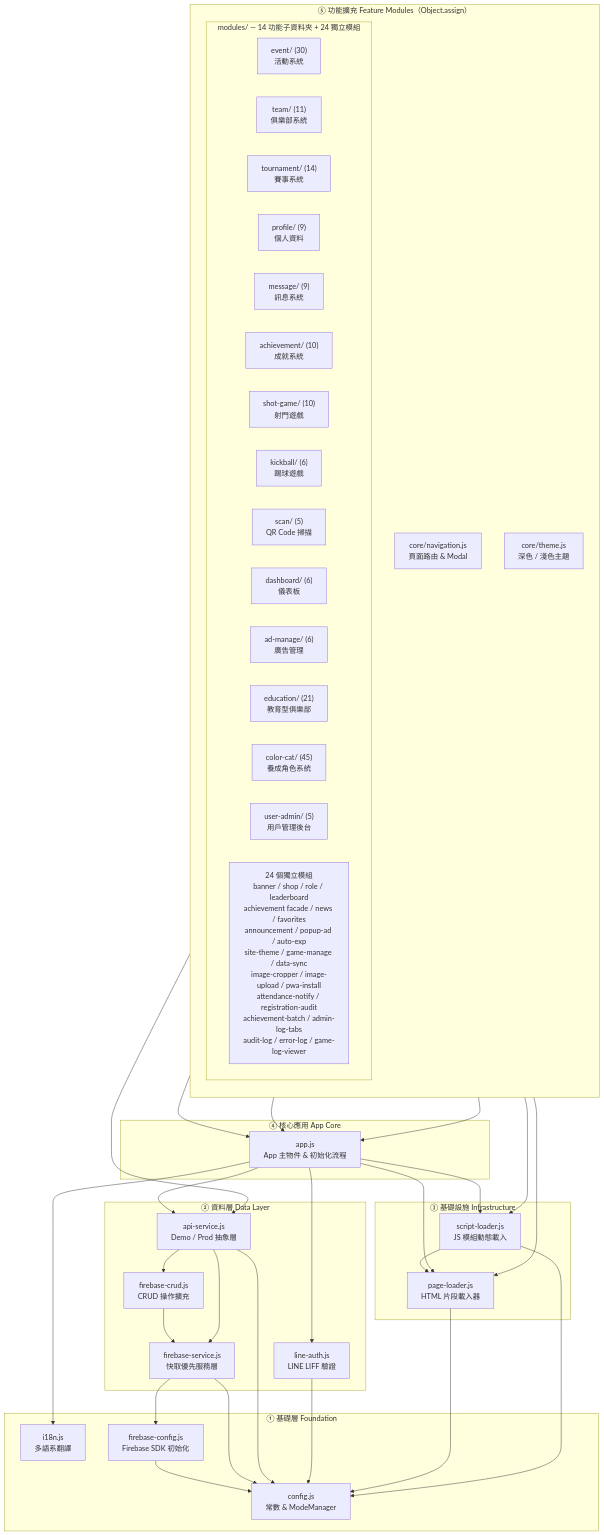
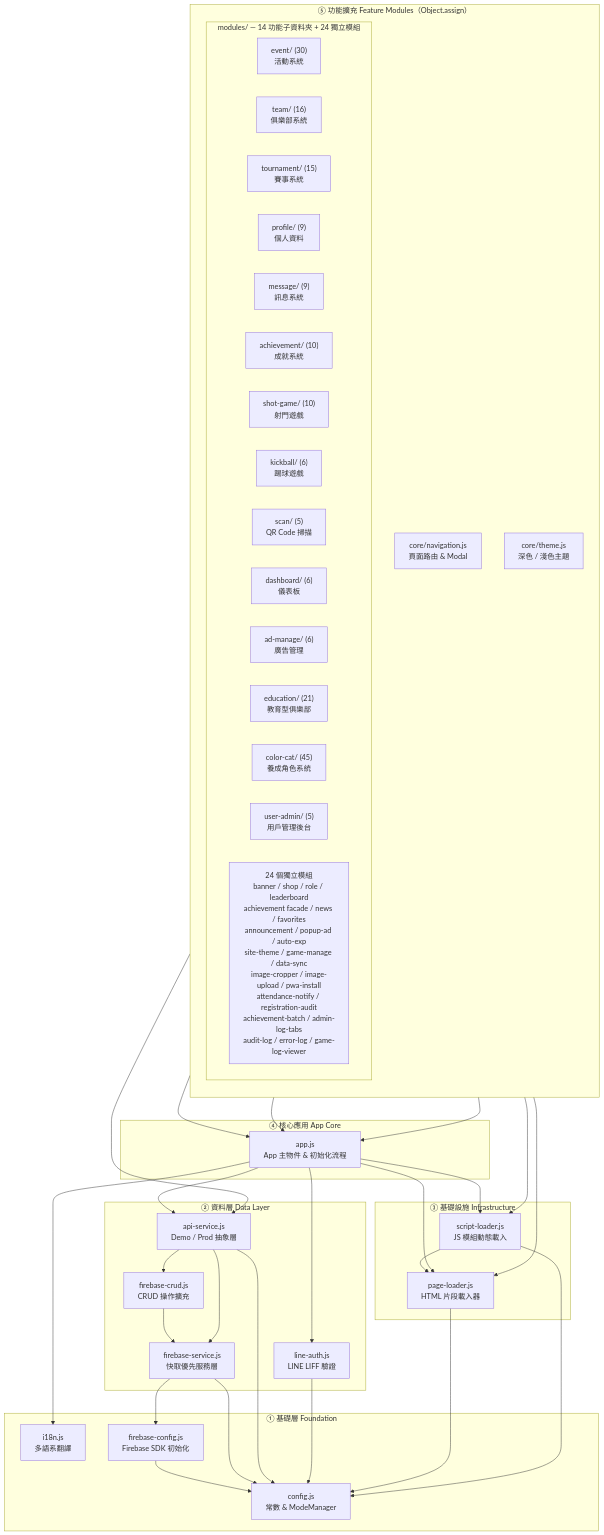
Before and after one commit to msw2004727/FC: the first of 2 diagrams in docs/architecture.md, drawn with Mermaid. The commit also changed other lines of this file and 16 other files, not shown here.

````diff
--- a/docs/architecture.md
+++ b/docs/architecture.md
@@ -13,80 +13,80 @@
 ```mermaid
 flowchart TD
     subgraph F["① 基礎層 Foundation"]
         CONFIG["config.js\n常數 & ModeManager"]
         I18N["i18n.js\n多語系翻譯"]
         FB_CFG["firebase-config.js\nFirebase SDK 初始化"]
     end
 
     subgraph D["② 資料層 Data Layer"]
         FB_SVC["firebase-service.js\n快取優先服務層"]
         FB_CRUD["firebase-crud.js\nCRUD 操作擴充"]
         API["api-service.js\nDemo / Prod 抽象層"]
         LINE["line-auth.js\nLINE LIFF 驗證"]
     end
 
     subgraph I["③ 基礎設施 Infrastructure"]
         PAGE_LDR["page-loader.js\nHTML 片段載入器"]
         SCRPT_LDR["script-loader.js\nJS 模組動態載入"]
     end
 
     subgraph C["④ 核心應用 App Core"]
         APP["app.js\nApp 主物件 & 初始化流程"]
     end
 
     subgraph E["⑤ 功能擴充 Feature Modules（Object.assign）"]
         direction TB
         NAV["core/navigation.js\n頁面路由 & Modal"]
         THEME["core/theme.js\n深色 / 淺色主題"]
 
         subgraph MODS["modules/ — 14 功能子資料夾 + 24 獨立模組"]
             EVT["event/ (30)\n活動系統"]
-            TEAM["team/ (11)\n俱樂部系統"]
-            TOUR["tournament/ (14)\n賽事系統"]
+            TEAM["team/ (16)\n俱樂部系統"]
+            TOUR["tournament/ (15)\n賽事系統"]
             PROF["profile/ (9)\n個人資料"]
             MSG["message/ (9)\n訊息系統"]
             ACH["achievement/ (10)\n成就系統"]
             SHOT["shot-game/ (10)\n射門遊戲"]
             KICK["kickball/ (6)\n踢球遊戲"]
             SCAN["scan/ (5)\nQR Code 掃描"]
             DASH["dashboard/ (6)\n儀表板"]
             ADMG["ad-manage/ (6)\n廣告管理"]
             EDU["education/ (21)\n教育型俱樂部"]
             CCAT["color-cat/ (45)\n養成角色系統"]
             UADM["user-admin/ (5)\n用戶管理後台"]
             STANDALONE["24 個獨立模組\nbanner / shop / role / leaderboard\nachievement facade / news / favorites\nannouncement / popup-ad / auto-exp\nsite-theme / game-manage / data-sync\nimage-cropper / image-upload / pwa-install\nattendance-notify / registration-audit\nachievement-batch / admin-log-tabs\naudit-log / error-log / game-log-viewer"]
         end
     end
 
     %% Foundation 內部依賴
     FB_CFG --> CONFIG
 
     %% 資料層依賴
     FB_SVC --> CONFIG
     FB_SVC --> FB_CFG
     FB_CRUD --> FB_SVC
     API --> CONFIG
     API --> FB_SVC
     API --> FB_CRUD
     LINE --> CONFIG
 
     %% 基礎設施依賴
     PAGE_LDR --> CONFIG
     SCRPT_LDR --> CONFIG
     SCRPT_LDR --> PAGE_LDR
 
     %% App Core 依賴
     APP --> API
     APP --> LINE
     APP --> PAGE_LDR
     APP --> SCRPT_LDR
     APP --> I18N
 
     %% 功能擴充（Object.assign → App）
     NAV --> APP
     NAV --> PAGE_LDR
     NAV --> SCRPT_LDR
     THEME --> APP
     MODS --> APP
     MODS --> API
 ```
````
